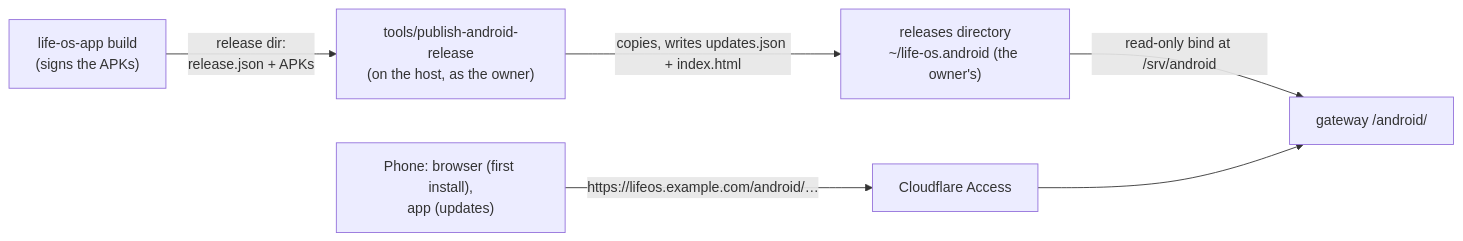
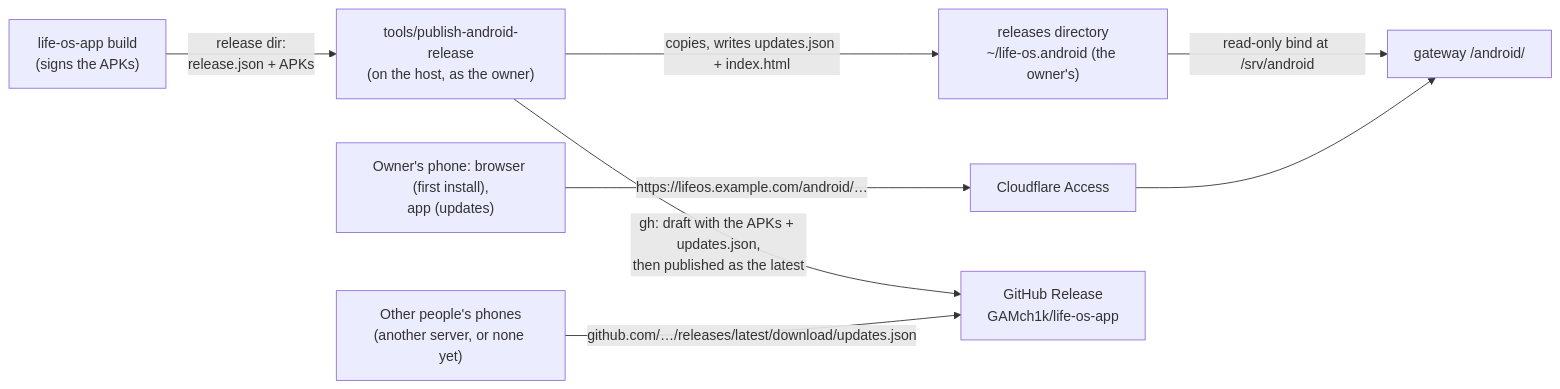
One commit to GAMch1k/life-os changed the diagram in docs/operations/android-releases.md. Above: the diagram before and after it, drawn with Mermaid. The commit also changed other lines of this file and 3 other files, not shown here.

First line of the commit message:
P20-06 Document GitHub Releases for the Android apps: publishing, where apps look, installing

````diff
--- a/docs/operations/android-releases.md
+++ b/docs/operations/android-releases.md
@@ -5,7 +7,9 @@
 ```mermaid
 flowchart LR
   Build["life-os-app build<br>(signs the APKs)"] -- "release dir:<br>release.json + APKs" --> Publish["tools/publish-android-release<br>(on the host, as the owner)"]
   Publish -- "copies, writes updates.json + index.html" --> Dir["releases directory<br>~/life-os.android (the owner's)"]
   Dir -- "read-only bind at /srv/android" --> Gateway["gateway /android/"]
-  Phone["Phone: browser (first install),<br>app (updates)"] -- "https://lifeos.example.com/android/…" --> Access[Cloudflare Access] --> Gateway
+  Phone["Owner's phone: browser (first install),<br>app (updates)"] -- "https://lifeos.example.com/android/…" --> Access[Cloudflare Access] --> Gateway
+  Publish -- "gh: draft with the APKs + updates.json,<br>then published as the latest" --> GitHub["GitHub Release<br>GAMch1k/life-os-app"]
+  Others["Other people's phones<br>(another server, or none yet)"] -- "github.com/…/releases/latest/download/updates.json" --> GitHub
 ```
````
